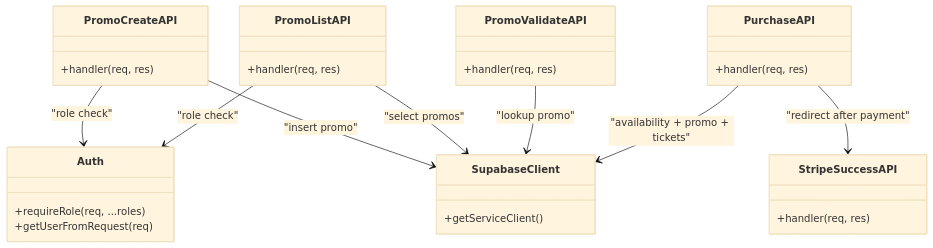
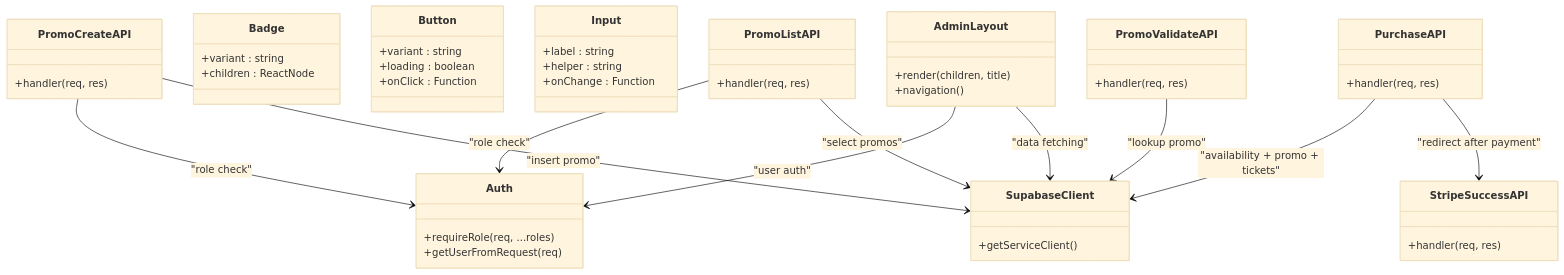
Before and after one commit to ObeyMuchechesi/TicketFlow: the third of 3 diagrams in .qoder/repowiki/en/content/Admin Dashboard/Promo Code Management.md, drawn with Mermaid (base theme). The commit also changed other lines of this file and 12 other files, not shown here.

First line of the commit message:
docs: EcoCash schema columns and project documentation refresh

````diff
--- a/.qoder/repowiki/en/content/Admin Dashboard/Promo Code Management.md
+++ b/.qoder/repowiki/en/content/Admin Dashboard/Promo Code Management.md
@@ -260,32 +318,52 @@
 ```mermaid
 classDiagram
 class Auth {
 +requireRole(req, ...roles)
 +getUserFromRequest(req)
 }
 class SupabaseClient {
 +getServiceClient()
+}
+class AdminLayout {
++render(children, title)
++navigation()
+}
+class Badge {
++variant : string
++children : ReactNode
+}
+class Button {
++variant : string
++loading : boolean
++onClick : Function
+}
+class Input {
++label : string
++helper : string
++onChange : Function
 }
 class PromoCreateAPI {
 +handler(req, res)
 }
 class PromoListAPI {
 +handler(req, res)
 }
 class PromoValidateAPI {
 +handler(req, res)
 }
 class PurchaseAPI {
 +handler(req, res)
 }
 class StripeSuccessAPI {
 +handler(req, res)
 }
 PromoCreateAPI --> Auth : "role check"
 PromoCreateAPI --> SupabaseClient : "insert promo"
 PromoListAPI --> Auth : "role check"
 PromoListAPI --> SupabaseClient : "select promos"
 PromoValidateAPI --> SupabaseClient : "lookup promo"
 PurchaseAPI --> SupabaseClient : "availability + promo + tickets"
 PurchaseAPI --> StripeSuccessAPI : "redirect after payment"
+AdminLayout --> Auth : "user auth"
+AdminLayout --> SupabaseClient : "data fetching"
 ```
````
